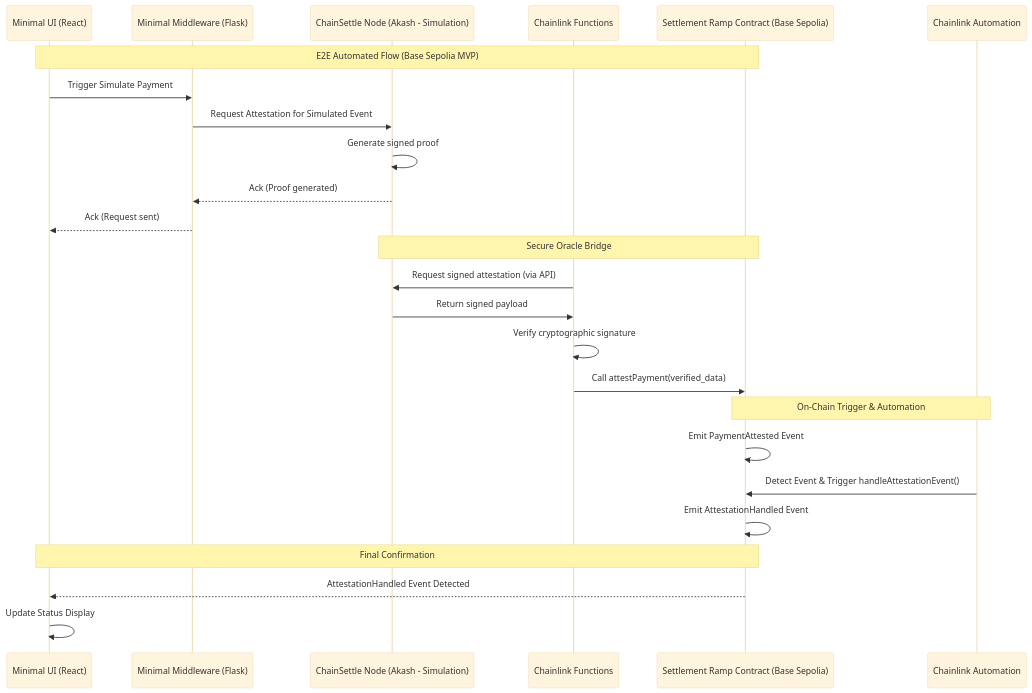
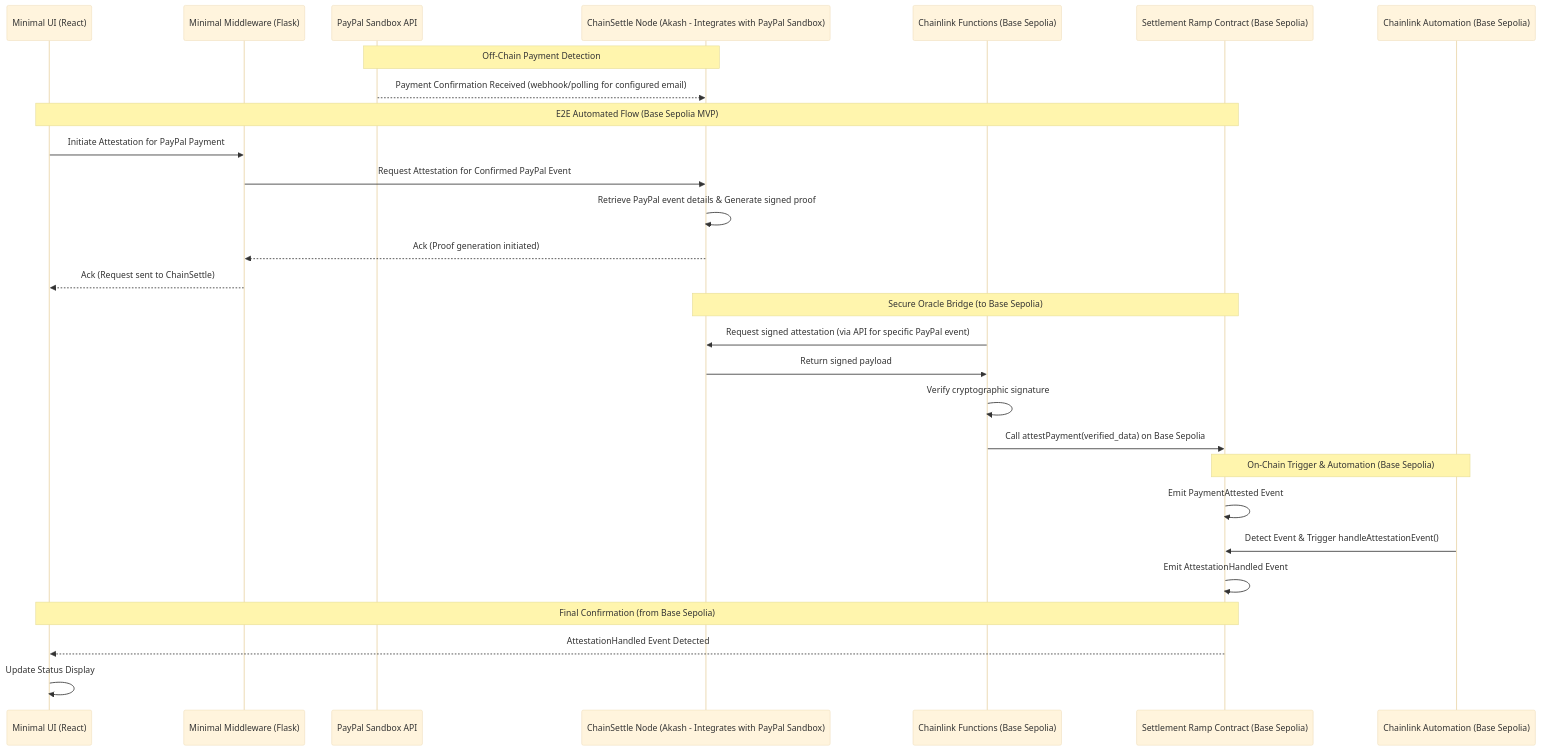
One commit to tapilew/settlement-ramp changed the diagram in README.md. Above: the diagram before and after it, drawn with Mermaid (base theme). The commit also changed other lines of this file and 1 other file, not shown here.

````diff
--- a/README.md
+++ b/README.md
@@ -76,31 +118,35 @@
 ```mermaid
 sequenceDiagram
     participant UI as Minimal UI (React)
     participant Middleware as Minimal Middleware (Flask)
-    participant ChainSettle as ChainSettle Node (Akash - Simulation)
-    participant CL_Functions as Chainlink Functions
+    participant PayPal_Sandbox as PayPal Sandbox API
+    participant ChainSettle as ChainSettle Node (Akash - Integrates with PayPal Sandbox)
+    participant CL_Functions as Chainlink Functions (Base Sepolia)
     participant Base_Contract as Settlement Ramp Contract (Base Sepolia)
-    participant CL_Automation as Chainlink Automation
+    participant CL_Automation as Chainlink Automation (Base Sepolia)
+
+    Note over PayPal_Sandbox, ChainSettle: Off-Chain Payment Detection
+    PayPal_Sandbox-->>ChainSettle: Payment Confirmation Received (webhook/polling for configured email)
 
     Note over UI, Base_Contract: E2E Automated Flow (Base Sepolia MVP)
-    UI->>Middleware: Trigger Simulate Payment
-    Middleware->>ChainSettle: Request Attestation for Simulated Event
-    ChainSettle->>ChainSettle: Generate signed proof
-    ChainSettle-->>Middleware: Ack (Proof generated)
-    Middleware-->>UI: Ack (Request sent)
+    UI->>Middleware: Initiate Attestation for PayPal Payment
+    Middleware->>ChainSettle: Request Attestation for Confirmed PayPal Event
+    ChainSettle->>ChainSettle: Retrieve PayPal event details & Generate signed proof
+    ChainSettle-->>Middleware: Ack (Proof generation initiated)
+    Middleware-->>UI: Ack (Request sent to ChainSettle)
 
-    Note over ChainSettle, Base_Contract: Secure Oracle Bridge
-    CL_Functions->>ChainSettle: Request signed attestation (via API)
+    Note over ChainSettle, Base_Contract: Secure Oracle Bridge (to Base Sepolia)
+    CL_Functions->>ChainSettle: Request signed attestation (via API for specific PayPal event)
     ChainSettle->>CL_Functions: Return signed payload
     CL_Functions->>CL_Functions: Verify cryptographic signature
-    CL_Functions->>Base_Contract: Call attestPayment(verified_data)
+    CL_Functions->>Base_Contract: Call attestPayment(verified_data) on Base Sepolia
 
-    Note over Base_Contract, CL_Automation: On-Chain Trigger & Automation
+    Note over Base_Contract, CL_Automation: On-Chain Trigger & Automation (Base Sepolia)
     Base_Contract->>Base_Contract: Emit PaymentAttested Event
     CL_Automation->>Base_Contract: Detect Event & Trigger handleAttestationEvent()
     Base_Contract->>Base_Contract: Emit AttestationHandled Event
 
-    Note over Base_Contract, UI: Final Confirmation
+    Note over Base_Contract, UI: Final Confirmation (from Base Sepolia)
     Base_Contract-->>UI: AttestationHandled Event Detected
     UI->>UI: Update Status Display
 ```
````
